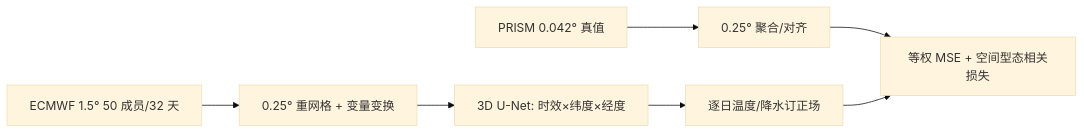
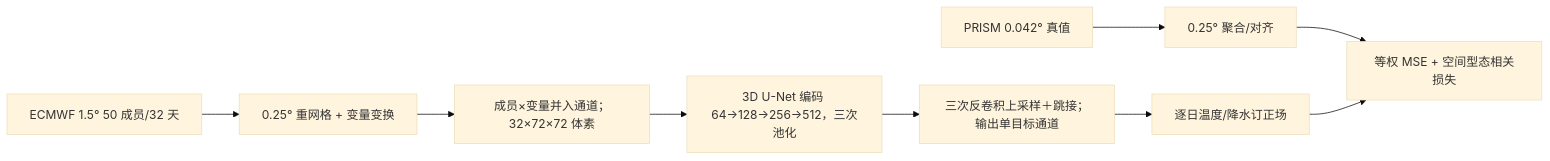
Before and after one commit to morestart/weather-dl-paper-notes: the diagram in notes/s2s/25-western-us-3d-unet.md, drawn with Mermaid (base theme). The commit also changed other lines of this file and 2 other files, not shown here.

Commit message:
Deepen western US 3D U-Net note with supplement and code audit

````diff
--- a/notes/s2s/25-western-us-3d-unet.md
+++ b/notes/s2s/25-western-us-3d-unet.md
@@ -19,9 +21,11 @@
 ```mermaid
 flowchart LR
   E[ECMWF 1.5° 50 成员/32 天] --> R[0.25° 重网格 + 变量变换]
   P[PRISM 0.042° 真值] --> Q[0.25° 聚合/对齐]
-  R --> U[3D U-Net: 时效×纬度×经度]
-  U --> Y[逐日温度/降水订正场]
+  R --> I[成员×变量并入通道；32×72×72 体素]
+  I --> U[3D U-Net 编码 64→128→256→512，三次池化]
+  U --> D[三次反卷积上采样＋跳接；输出单目标通道]
+  D --> Y[逐日温度/降水订正场]
   Q --> L[等权 MSE + 空间型态相关损失]
   Y --> L
 ```
````
